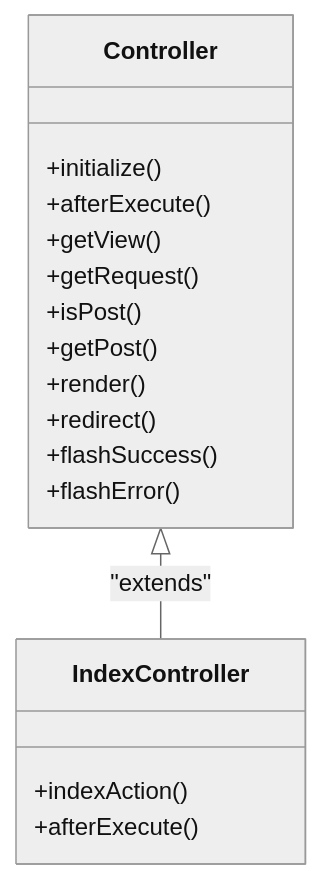
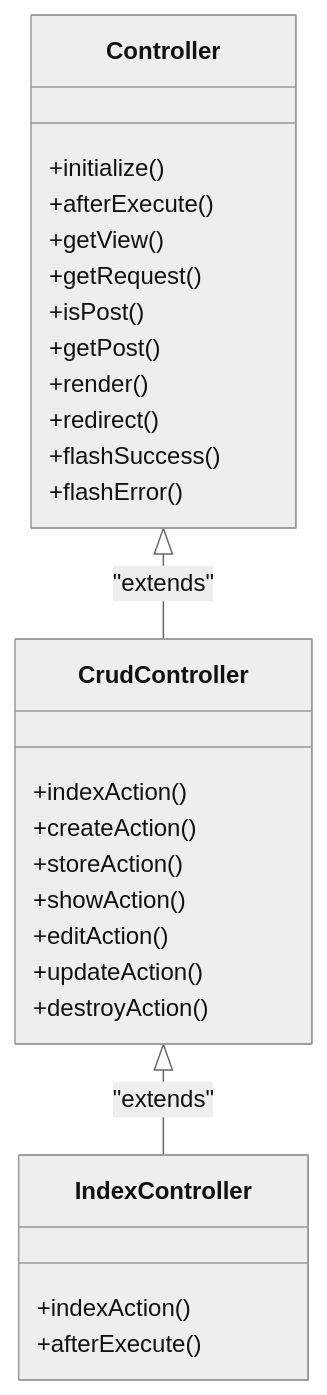
Before and after one commit to andrfilipenk/new: the second of 3 diagrams in .qoder/repowiki/en/content/Controllers/Lifecycle Callbacks.md, drawn with Mermaid (neutral theme). The commit also changed other lines of this file and 41 other files, not shown here.

````diff
--- a/.qoder/repowiki/en/content/Controllers/Lifecycle Callbacks.md
+++ b/.qoder/repowiki/en/content/Controllers/Lifecycle Callbacks.md
@@ -90,20 +102,30 @@
 ```mermaid
 classDiagram
 class Controller {
 +initialize()
 +afterExecute()
 +getView()
 +getRequest()
 +isPost()
 +getPost()
 +render()
 +redirect()
 +flashSuccess()
 +flashError()
 }
+class CrudController {
++indexAction()
++createAction()
++storeAction()
++showAction()
++editAction()
++updateAction()
++destroyAction()
+}
 class IndexController {
 +indexAction()
 +afterExecute()
 }
-Controller <|-- IndexController : "extends"
+Controller <|-- CrudController : "extends"
+CrudController <|-- IndexController : "extends"
 ```
````
